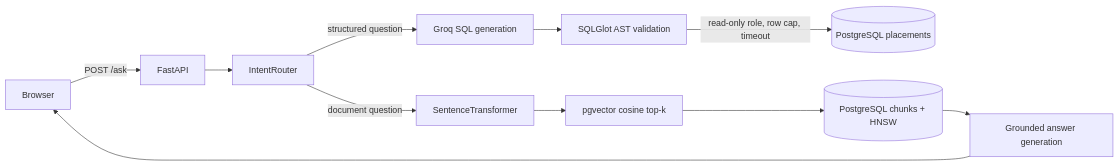
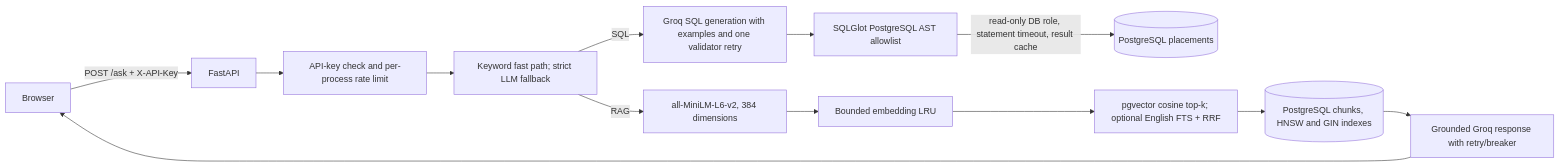
One commit to Bhavyadevireddy0678/placement-copilot changed the diagram in README.md. Above: the diagram before and after it, drawn with Mermaid. The commit also changed other lines of this file and 1 other file, not shown here.

Commit message:
4e: document measured results and actual limitations

````diff
--- a/README.md
+++ b/README.md
@@ -7,13 +7,15 @@
 ```mermaid
 flowchart LR
-    Browser -->|POST /ask| FastAPI
-    FastAPI --> IntentRouter
-    IntentRouter -->|structured question| GroqSQL[Groq SQL generation]
-    GroqSQL --> SQLGuard[SQLGlot AST validation]
-    SQLGuard -->|read-only role, row cap, timeout| Placements[(PostgreSQL placements)]
-    IntentRouter -->|document question| Embedder[SentenceTransformer]
-    Embedder --> VectorSearch[pgvector cosine top-k]
-    VectorSearch --> Chunks[(PostgreSQL chunks + HNSW)]
-    Chunks --> GroqRAG[Grounded answer generation]
+    Browser -->|POST /ask + X-API-Key| FastAPI
+    FastAPI --> SlidingWindow["API-key check and per-process rate limit"]
+    SlidingWindow --> Router["Keyword fast path; strict LLM fallback"]
+    Router -->|"SQL"| GroqSQL["Groq SQL generation with examples and one validator retry"]
+    GroqSQL --> SQLGuard["SQLGlot PostgreSQL AST allowlist"]
+    SQLGuard -->|"read-only DB role, statement timeout, result cache"| Placements[("PostgreSQL placements")]
+    Router -->|"RAG"| Embedder["all-MiniLM-L6-v2, 384 dimensions"]
+    Embedder --> VectorCache["Bounded embedding LRU"]
+    VectorCache --> Retrieval["pgvector cosine top-k; optional English FTS + RRF"]
+    Retrieval --> Chunks[("PostgreSQL chunks, HNSW and GIN indexes")]
+    Chunks --> GroqRAG["Grounded Groq response with retry/breaker"]
     GroqRAG --> Browser
 ```
````
